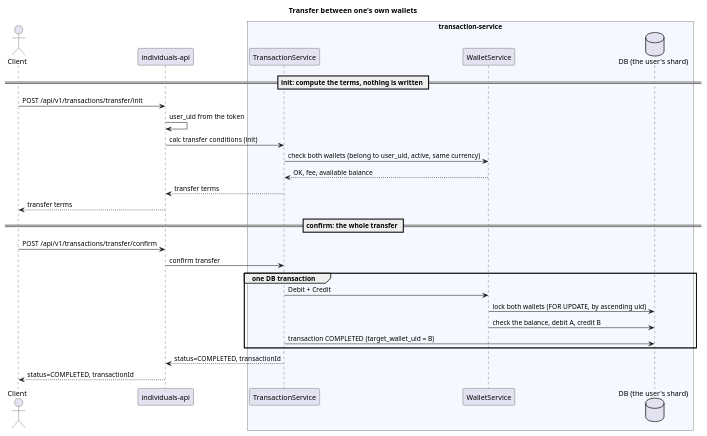
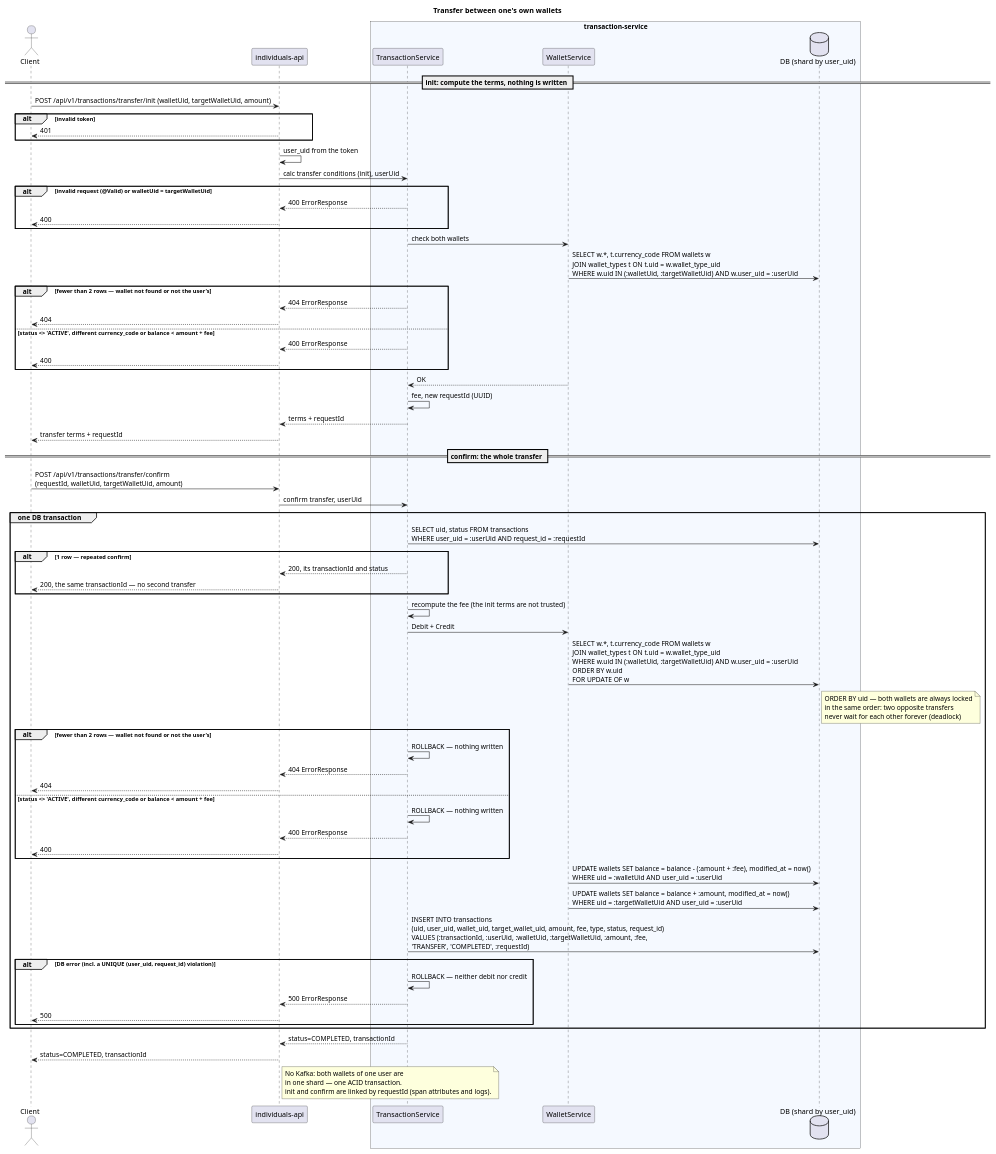
Before and after one commit to dezxxx/payment-platform: the diagram in transaction-service/diagrams-c4/uml/en/sequence-transfer.puml, drawn with PlantUML. The commit also changed 40 other files, not shown here.

Commit message:
docs: add failure branches and missing sequences to transaction-service diagrams

```diff
--- a/transaction-service/diagrams-c4/uml/en/sequence-transfer.puml
+++ b/transaction-service/diagrams-c4/uml/en/sequence-transfer.puml
@@ -1,32 +1,79 @@
 @startuml sequence-transfer
 title Transfer between one's own wallets
 
 actor "Client" as Client
 participant "individuals-api" as IA
 box "transaction-service" #F5F9FF
     participant "TransactionService" as TS
     participant "WalletService" as WS
-    database "DB (the user's shard)" as DB
+    database "DB (shard by user_uid)" as DB
 end box
 
 == init: compute the terms, nothing is written ==
-Client -> IA: POST /api/v1/transactions/transfer/init
+Client -> IA: POST /api/v1/transactions/transfer/init (walletUid, targetWalletUid, amount)
+alt invalid token
+    IA --> Client: 401
+end
 IA -> IA: user_uid from the token
-IA -> TS: calc transfer conditions (init)
-TS -> WS: check both wallets (belong to user_uid, active, same currency)
-WS --> TS: OK, fee, available balance
-TS --> IA: transfer terms
-IA --> Client: transfer terms
+IA -> TS: calc transfer conditions (init), userUid
+alt invalid request (@Valid) or walletUid = targetWalletUid
+    TS --> IA: 400 ErrorResponse
+    IA --> Client: 400
+end
+TS -> WS: check both wallets
+WS -> DB: SELECT w.*, t.currency_code FROM wallets w\nJOIN wallet_types t ON t.uid = w.wallet_type_uid\nWHERE w.uid IN (:walletUid, :targetWalletUid) AND w.user_uid = :userUid
+alt fewer than 2 rows — wallet not found or not the user's
+    TS --> IA: 404 ErrorResponse
+    IA --> Client: 404
+else status <> 'ACTIVE', different currency_code or balance < amount + fee
+    TS --> IA: 400 ErrorResponse
+    IA --> Client: 400
+end
+WS --> TS: OK
+TS -> TS: fee, new requestId (UUID)
+TS --> IA: terms + requestId
+IA --> Client: transfer terms + requestId
 
 == confirm: the whole transfer ==
-Client -> IA: POST /api/v1/transactions/transfer/confirm
-IA -> TS: confirm transfer
+Client -> IA: POST /api/v1/transactions/transfer/confirm\n(requestId, walletUid, targetWalletUid, amount)
+IA -> TS: confirm transfer, userUid
 group one DB transaction
+    TS -> DB: SELECT uid, status FROM transactions\nWHERE user_uid = :userUid AND request_id = :requestId
+    alt 1 row — repeated confirm
+        TS --> IA: 200, its transactionId and status
+        IA --> Client: 200, the same transactionId — no second transfer
+    end
+    TS -> TS: recompute the fee (the init terms are not trusted)
     TS -> WS: Debit + Credit
-    WS -> DB: lock both wallets (FOR UPDATE, by ascending uid)
-    WS -> DB: check the balance, debit A, credit B
-    TS -> DB: transaction COMPLETED (target_wallet_uid = B)
+    WS -> DB: SELECT w.*, t.currency_code FROM wallets w\nJOIN wallet_types t ON t.uid = w.wallet_type_uid\nWHERE w.uid IN (:walletUid, :targetWalletUid) AND w.user_uid = :userUid\nORDER BY w.uid\nFOR UPDATE OF w
+    note right of DB
+      ORDER BY uid — both wallets are always locked
+      in the same order: two opposite transfers
+      never wait for each other forever (deadlock)
+    end note
+    alt fewer than 2 rows — wallet not found or not the user's
+        TS -> TS: ROLLBACK — nothing written
+        TS --> IA: 404 ErrorResponse
+        IA --> Client: 404
+    else status <> 'ACTIVE', different currency_code or balance < amount + fee
+        TS -> TS: ROLLBACK — nothing written
+        TS --> IA: 400 ErrorResponse
+        IA --> Client: 400
+    end
+    WS -> DB: UPDATE wallets SET balance = balance - (:amount + :fee), modified_at = now()\nWHERE uid = :walletUid AND user_uid = :userUid
+    WS -> DB: UPDATE wallets SET balance = balance + :amount, modified_at = now()\nWHERE uid = :targetWalletUid AND user_uid = :userUid
+    TS -> DB: INSERT INTO transactions\n(uid, user_uid, wallet_uid, target_wallet_uid, amount, fee, type, status, request_id)\nVALUES (:transactionId, :userUid, :walletUid, :targetWalletUid, :amount, :fee,\n'TRANSFER', 'COMPLETED', :requestId)
+    alt DB error (incl. a UNIQUE (user_uid, request_id) violation)
+        TS -> TS: ROLLBACK — neither debit nor credit
+        TS --> IA: 500 ErrorResponse
+        IA --> Client: 500
+    end
 end
 TS --> IA: status=COMPLETED, transactionId
 IA --> Client: status=COMPLETED, transactionId
+note right of IA
+  No Kafka: both wallets of one user are
+  in one shard — one ACID transaction.
+  init and confirm are linked by requestId (span attributes and logs).
+end note
 @enduml
```
